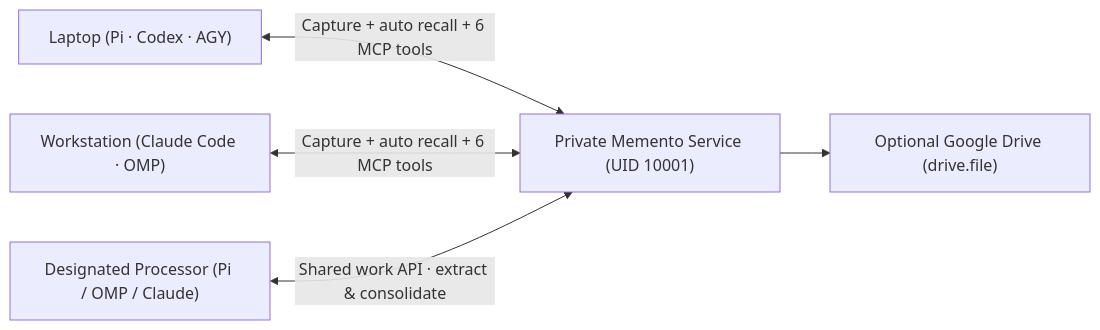
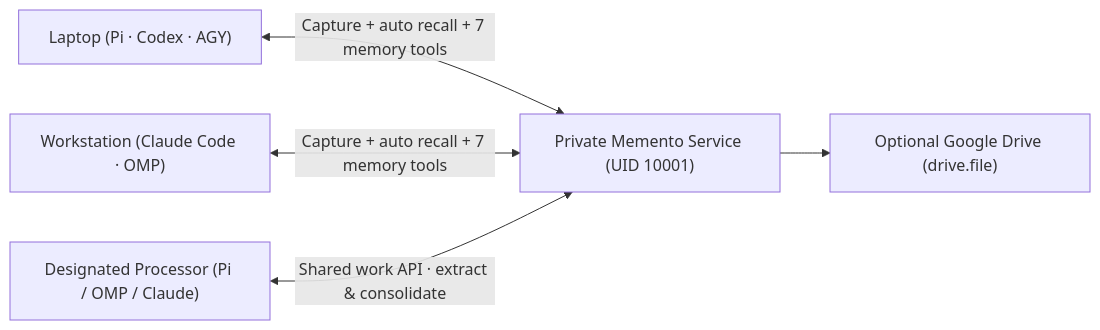
Before and after one commit to misunders2d/memento: the first of 2 diagrams in README.md, drawn with Mermaid. The commit also changed other lines of this file and 21 other files, not shown here.

````diff
--- a/README.md
+++ b/README.md
@@ -38,9 +38,9 @@
 ```mermaid
 flowchart LR
     accTitle: Shared memory across your agents and devices
     accDescr: Native agents across your machines capture conversations and retrieve context from one private Memento service over loopback or Tailscale Serve HTTPS. Optional Google Drive holds cold artifacts and manual backups.
-    L["Laptop (Pi · Codex · AGY)"] <-->|"Capture + auto recall + 6 MCP tools"| M["Private Memento Service (UID 10001)"]
-    W["Workstation (Claude Code · OMP)"] <-->|"Capture + auto recall + 6 MCP tools"| M
+    L["Laptop (Pi · Codex · AGY)"] <-->|"Capture + auto recall + 7 memory tools"| M["Private Memento Service (UID 10001)"]
+    W["Workstation (Claude Code · OMP)"] <-->|"Capture + auto recall + 7 memory tools"| M
     P["Designated Processor (Pi / OMP / Claude)"] <-->|"Shared work API · extract & consolidate"| M
     M --> D["Optional Google Drive (drive.file)"]
 ```
````
